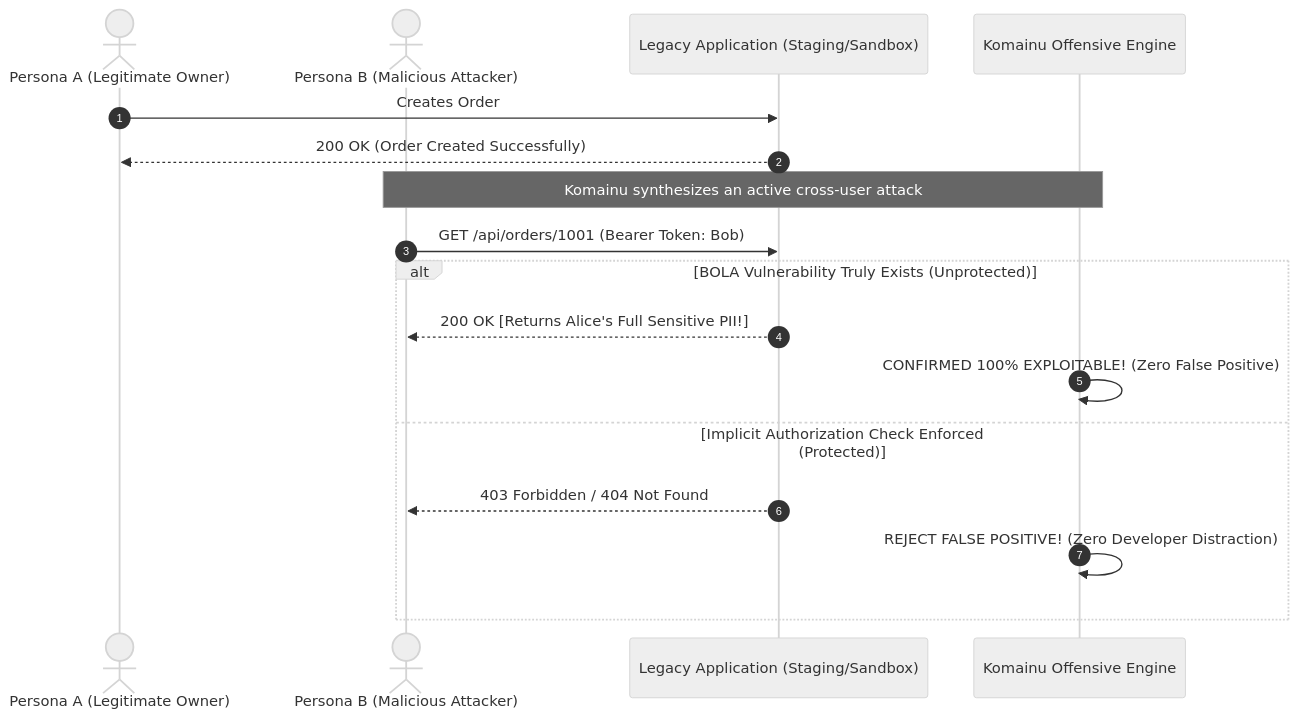
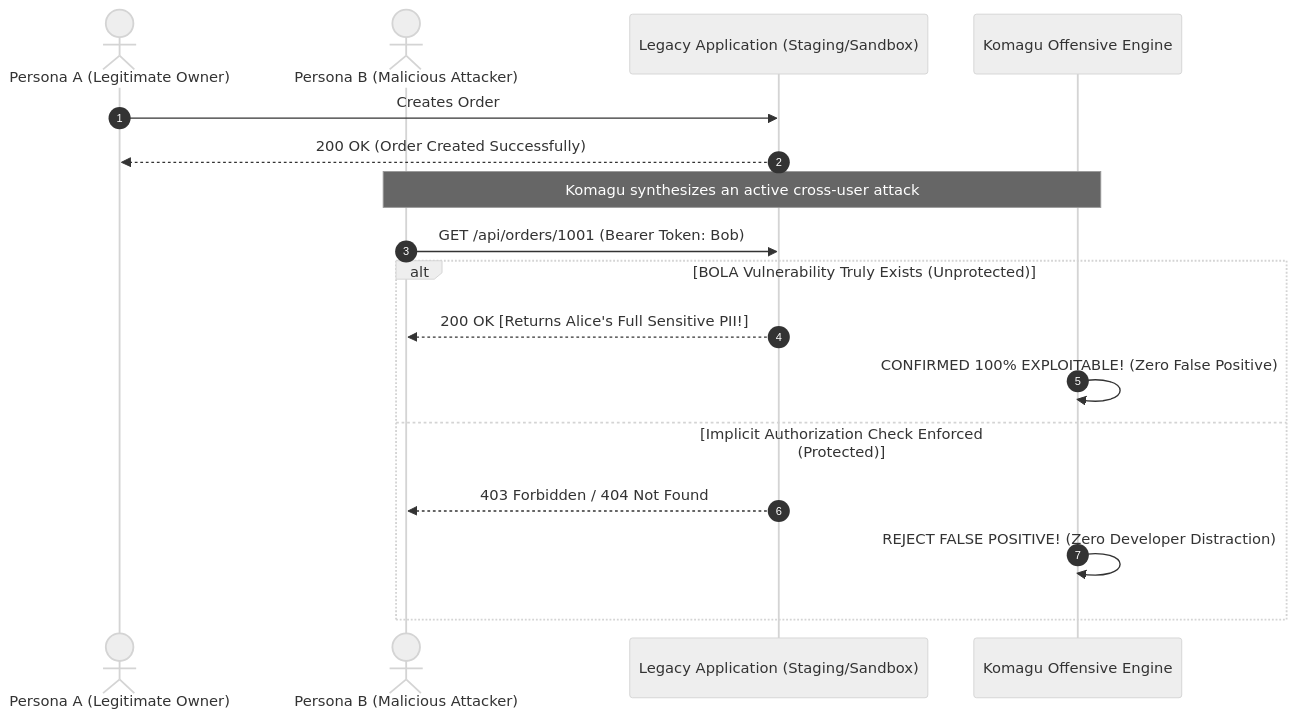
Before and after one commit to hoanghainh1188/komagu: the second of 4 diagrams in docs/articles/offensive-defense-multi-ai-consensus-en.md, drawn with Mermaid (neutral theme). The commit also changed other lines of this file and 56 other files, not shown here.

````diff
--- a/docs/articles/offensive-defense-multi-ai-consensus-en.md
+++ b/docs/articles/offensive-defense-multi-ai-consensus-en.md
@@ -71,22 +71,22 @@
 ```mermaid
 sequenceDiagram
     autonumber
     actor Alice as Persona A (Legitimate Owner)
     actor Bob as Persona B (Malicious Attacker)
     participant Target as Legacy Application (Staging/Sandbox)
-    participant Komainu as Komainu Offensive Engine
+    participant Komagu as Komagu Offensive Engine
 
     Alice->>Target: Creates Order #1001 (Owner: Alice)
     Target-->>Alice: 200 OK (Order Created Successfully)
     
-    Note over Komainu,Bob: Komainu synthesizes an active cross-user attack
+    Note over Komagu,Bob: Komagu synthesizes an active cross-user attack
     Bob->>Target: GET /api/orders/1001 (Bearer Token: Bob)
     
     alt BOLA Vulnerability Truly Exists (Unprotected)
         Target-->>Bob: 200 OK [Returns Alice's Full Sensitive PII!]
-        Komainu->>Komainu: CONFIRMED 100% EXPLOITABLE! (Zero False Positive)
+        Komagu->>Komagu: CONFIRMED 100% EXPLOITABLE! (Zero False Positive)
     else Implicit Authorization Check Enforced (Protected)
         Target-->>Bob: 403 Forbidden / 404 Not Found
-        Komainu->>Komainu: REJECT FALSE POSITIVE! (Zero Developer Distraction)
+        Komagu->>Komagu: REJECT FALSE POSITIVE! (Zero Developer Distraction)
     end
 ```
````
